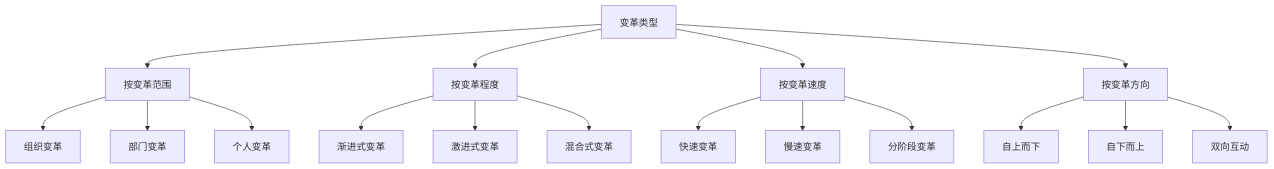
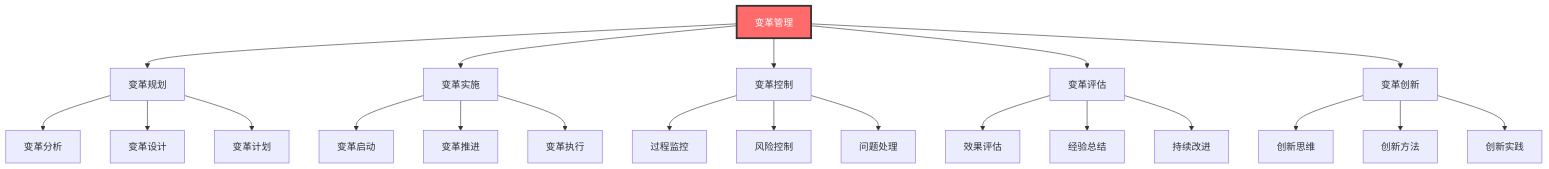
The first of 10 diagrams in 企业领导力/03-能力构建层/核心领导能力/05-变革管理.md (Anping2017/obsidian), drawn with Mermaid before and after one commit. The commit also changed other lines of this file and 28 other files, not shown here.

````diff
--- a/企业领导力/03-能力构建层/核心领导能力/05-变革管理.md
+++ b/企业领导力/03-能力构建层/核心领导能力/05-变革管理.md
@@ -17,23 +9,30 @@
 ```mermaid
 graph TD
-    A[变革类型] --> B[按变革范围]
-    A --> C[按变革程度]
-    A --> D[按变革速度]
-    A --> E[按变革方向]
+    A[变革管理] --> B[变革规划]
+    A --> C[变革实施]
+    A --> D[变革控制]
+    A --> E[变革评估]
+    A --> F[变革创新]
     
-    B --> B1[组织变革]
-    B --> B2[部门变革]
-    B --> B3[个人变革]
+    B --> B1[变革分析]
+    B --> B2[变革设计]
+    B --> B3[变革计划]
     
-    C --> C1[渐进式变革]
-    C --> C2[激进式变革]
-    C --> C3[混合式变革]
+    C --> C1[变革启动]
+    C --> C2[变革推进]
+    C --> C3[变革执行]
     
-    D --> D1[快速变革]
-    D --> D2[慢速变革]
-    D --> D3[分阶段变革]
+    D --> D1[过程监控]
+    D --> D2[风险控制]
+    D --> D3[问题处理]
     
-    E --> E1[自上而下]
-    E --> E2[自下而上]
-    E --> E3[双向互动]
+    E --> E1[效果评估]
+    E --> E2[经验总结]
+    E --> E3[持续改进]
+    
+    F --> F1[创新思维]
+    F --> F2[创新方法]
+    F --> F3[创新实践]
+    
+    style A fill:#ff6b6b,stroke:#333,stroke-width:3px,color:#fff
 ```
````
